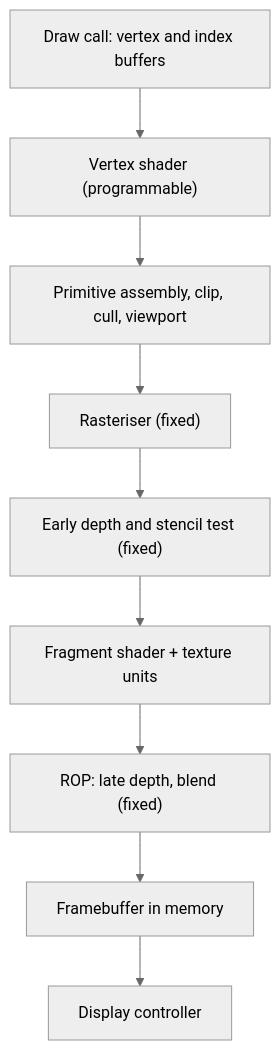
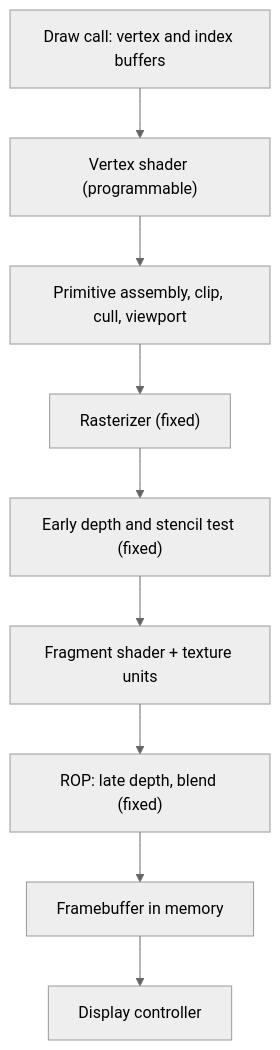
Before and after one commit to atallm7/monty-prep: the diagram in content/questions/q0921.md, drawn with Mermaid (neutral theme). The commit also changed other lines of this file and 118 other files, not shown here.

````diff
--- a/content/questions/q0921.md
+++ b/content/questions/q0921.md
@@ -116,11 +116,11 @@
 ```mermaid
 flowchart TB
   A["Draw call: vertex and index buffers"] --> B["Vertex shader (programmable)"]
   B --> C["Primitive assembly, clip, cull, viewport"]
-  C --> D["Rasteriser (fixed)"]
+  C --> D["Rasterizer (fixed)"]
   D --> E["Early depth and stencil test (fixed)"]
   E --> F["Fragment shader + texture units"]
   F --> G["ROP: late depth, blend (fixed)"]
   G --> H["Framebuffer in memory"]
   H --> I["Display controller"]
 ```
````
